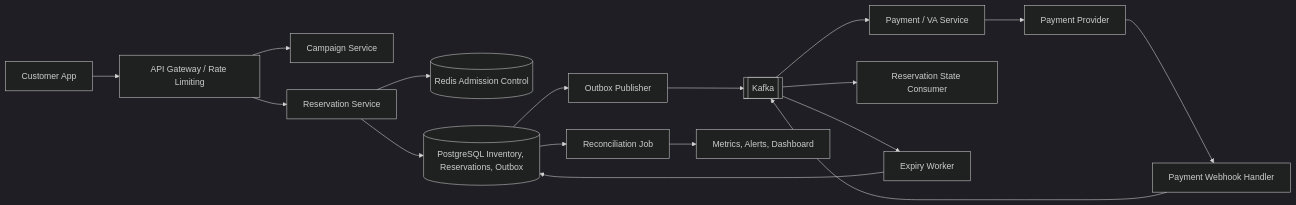
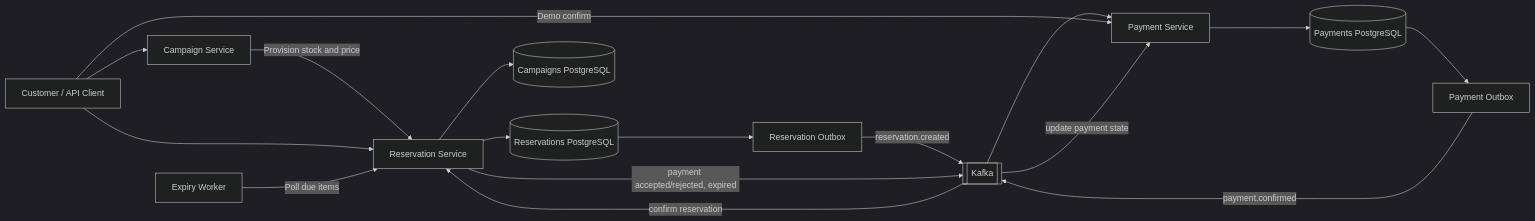
Before and after one commit to yaumulmajid/zero-oversell-commerce: the diagram in README.md, drawn with Mermaid (dark theme). The commit also changed other lines of this file and 73 other files, not shown here.

Commit message:
Connect campaign reservation payment and expiry flows

````diff
--- a/README.md
+++ b/README.md
@@ -55,19 +55,19 @@
 ```mermaid
 flowchart LR
-  Client[Customer App] --> Gateway[API Gateway / Rate Limiting]
-  Gateway --> Campaign[Campaign Service]
-  Gateway --> Reservation[Reservation Service]
-  Reservation --> Redis[(Redis Admission Control)]
-  Reservation --> PG[(PostgreSQL Inventory, Reservations, Outbox)]
-  PG --> Publisher[Outbox Publisher]
-  Publisher --> Kafka[[Kafka]]
-  Kafka --> Payment[Payment / VA Service]
-  Payment --> Provider[Payment Provider]
-  Provider --> Webhook[Payment Webhook Handler]
-  Webhook --> Kafka
-  Kafka --> StateWorker[Reservation State Consumer]
-  Kafka --> Expiry[Expiry Worker]
-  Expiry --> PG
-  PG --> Reconcile[Reconciliation Job]
-  Reconcile --> Observe[Metrics, Alerts, Dashboard]
+  Client[Customer / API Client] --> Campaign[Campaign Service]
+  Campaign -->|Provision stock and price| Reservation[Reservation Service]
+  Client --> Reservation
+  Reservation --> RDB[(Reservations PostgreSQL)]
+  RDB --> ROutbox[Reservation Outbox]
+  ROutbox -->|reservation.created| Kafka[[Kafka]]
+  Kafka --> Payment[Payment Service]
+  Payment --> PDB[(Payments PostgreSQL)]
+  Client -->|Demo confirm| Payment
+  PDB --> POutbox[Payment Outbox]
+  POutbox -->|payment.confirmed| Kafka
+  Kafka -->|confirm reservation| Reservation
+  Reservation -->|payment accepted/rejected, expired| Kafka
+  Kafka -->|update payment state| Payment
+  Expiry[Expiry Worker] -->|Poll due items| Reservation
+  Reservation --> CDB[(Campaigns PostgreSQL)]
 ```
````
